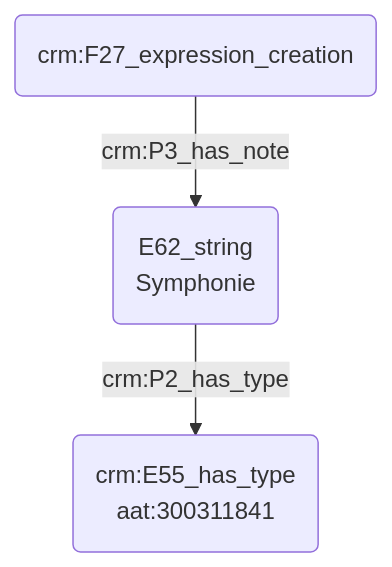
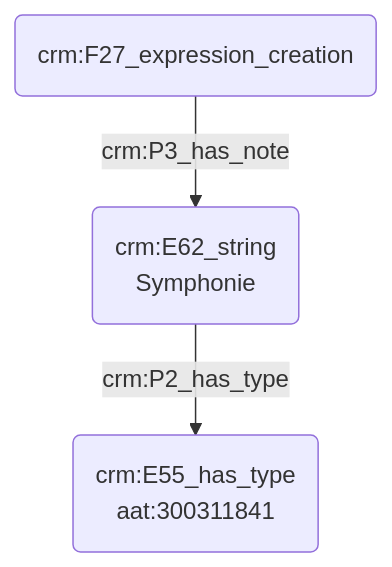
The diagram in modules/livrables/Dossier 2/Indexation conceptuelle/indexation d'une source avec un mot-clé.md (Amleth/consortium-musica2-gt2-ontologies), drawn with Mermaid before and after one commit.

Commit message:
Update indexation d'une source avec un mot-clé.md

````diff
--- a/modules/livrables/Dossier 2/Indexation conceptuelle/indexation d'une source avec un mot-clé.md
+++ b/modules/livrables/Dossier 2/Indexation conceptuelle/indexation d'une source avec un mot-clé.md
@@ -11,7 +11,7 @@
 ```mermaid
 graph TD;
 
 A(crm:F27_expression_creation) --> |crm:P3_has_note| B(crm:E62_string<br>Symphonie)
-B(E62_string<br>Symphonie) --> |crm:P2_has_type| C(crm:E55_has_type<br>aat:300311841)
+B(crm:E62_string<br>Symphonie) --> |crm:P2_has_type| C(crm:E55_has_type<br>aat:300311841)
 
 ```
````
